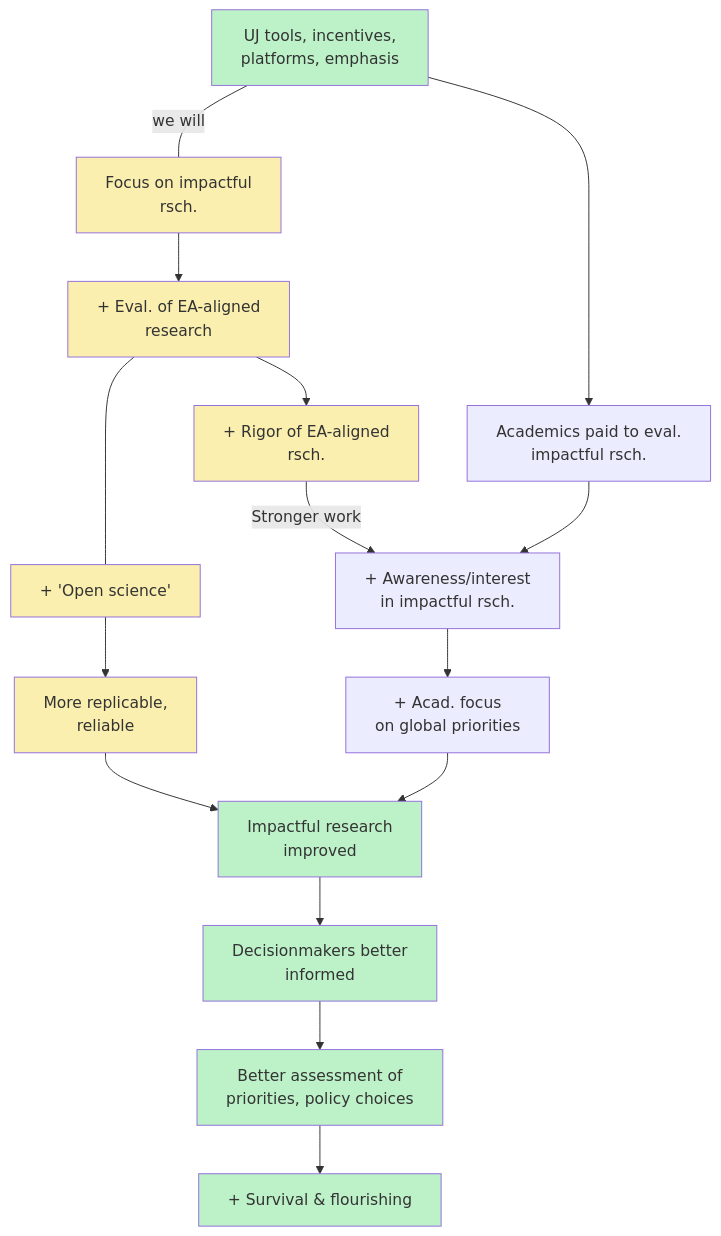
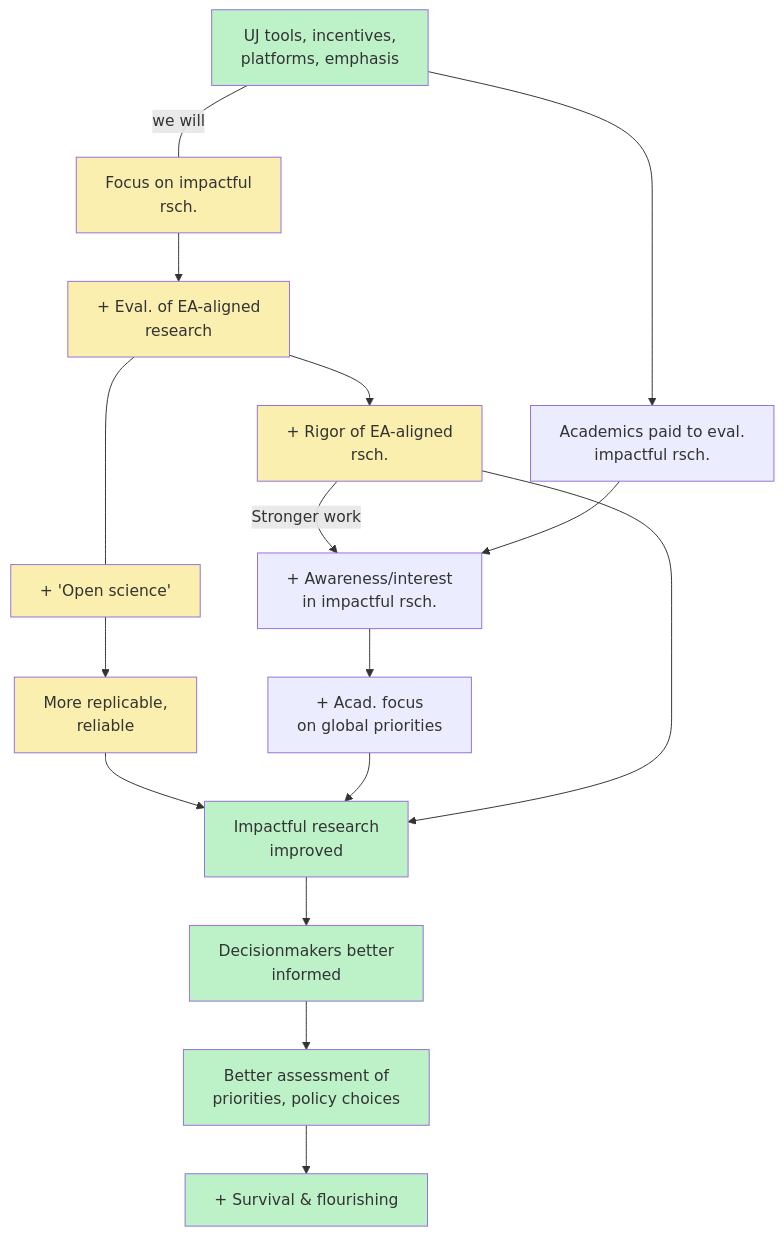
The second of 2 diagrams in benefits-and-features/global-priorities-theory-of-change/README.md (unjournal/unjournal_gitbook), drawn with Mermaid before and after one commit.

Commit message:
GITBOOK-301: change request with no subject merged in GitBook

````diff
--- a/benefits-and-features/global-priorities-theory-of-change/README.md
+++ b/benefits-and-features/global-priorities-theory-of-change/README.md
@@ -98,17 +98,18 @@
 ```mermaid
 graph TD
 classDef Direct fill:#faefaf
 classDef Multi fill:#bdf2c9
 
 A0["UJ tools, incentives, <br/> platforms, emphasis"]:::Multi --"we will"--- FocusEA["Focus on impactful <br/> rsch."]:::Direct --> EAR
  EAR["+ evaluation of <br/> EA-aligned rsch."]:::Direct 
 EAR --> EARig["+ Rigor of EA-aligned <br/> rsch."]:::Direct 
 EAR["+ Eval. of EA-aligned <br/> research"]:::Direct --- OF["+ 'Open science'"]:::Direct --> EARO["More replicable, <br/> reliable"]:::Direct --> A1["Impactful research <br/> improved"]:::Multi 
 EARig --"Stronger work"--> AcadAware["+ Awareness/interest <br/> in impactful rsch."]
 A1:::Multi  --> A2["Decisionmakers better <br/> informed"]:::Direct
 D1 --> A1:::Multi 
+EARig --> A1:::Multi 
 A0 --> PayAcad["Academics paid to eval. <br/> impactful rsch."]:::Integrate --> AcadAware["+ Awareness/interest <br/> in impactful rsch."]:::Integrate --> D1["+ Acad. focus <br/> on global priorities"]:::Integrate 
 
 A2:::Multi --> E1["Better assessment of <br/> priorities, policy choices"]:::Multi --> O["+ Survival & flourishing"]:::Multi 
 
 ```
````
